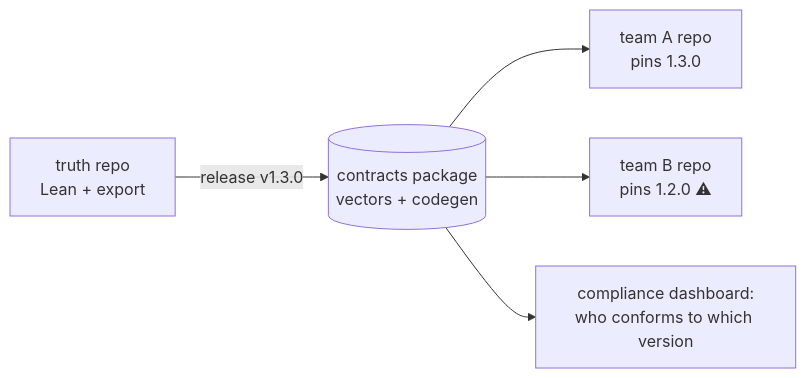
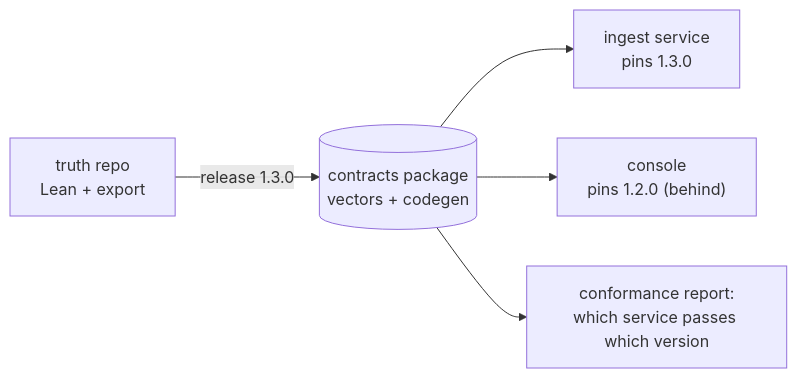
The second of 2 diagrams in docs/architecture/operating-model.md (miroslav-matejovsky/lean-demo), drawn with Mermaid before and after one commit. The commit also changed other lines of this file and 103 other files, not shown here.

````diff
--- a/docs/architecture/operating-model.md
+++ b/docs/architecture/operating-model.md
@@ -55,7 +54,7 @@
 ```mermaid
 flowchart LR
-    SR["truth repo<br/>Lean + export"] -- "release v1.3.0" --> PKG[("contracts package<br/>vectors + codegen")]
-    PKG --> A["team A repo<br/>pins 1.3.0"]
-    PKG --> B["team B repo<br/>pins 1.2.0 ⚠"]
-    PKG --> DASH["compliance dashboard:<br/>who conforms to which version"]
+    SR["truth repo<br/>Lean + export"] -- "release 1.3.0" --> PKG[("contracts package<br/>vectors + codegen")]
+    PKG --> A["ingest service<br/>pins 1.3.0"]
+    PKG --> B["console<br/>pins 1.2.0 (behind)"]
+    PKG --> DASH["conformance report:<br/>which service passes which version"]
 ```
````
